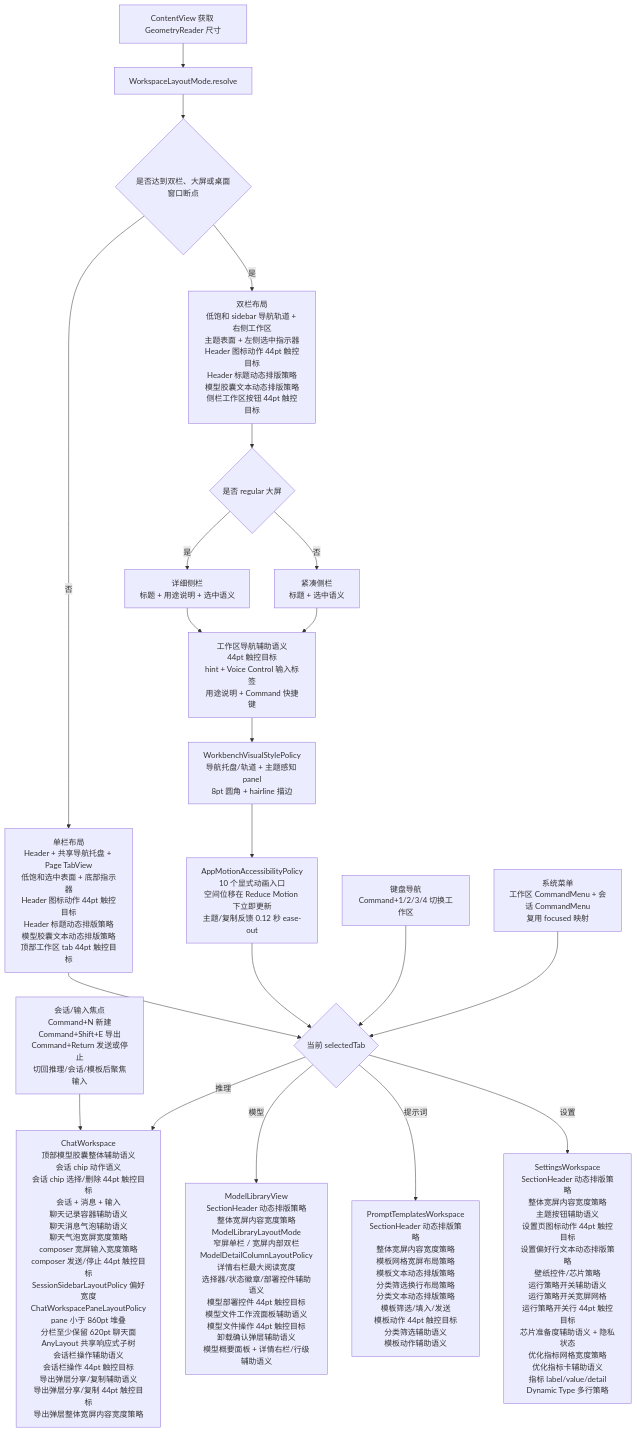
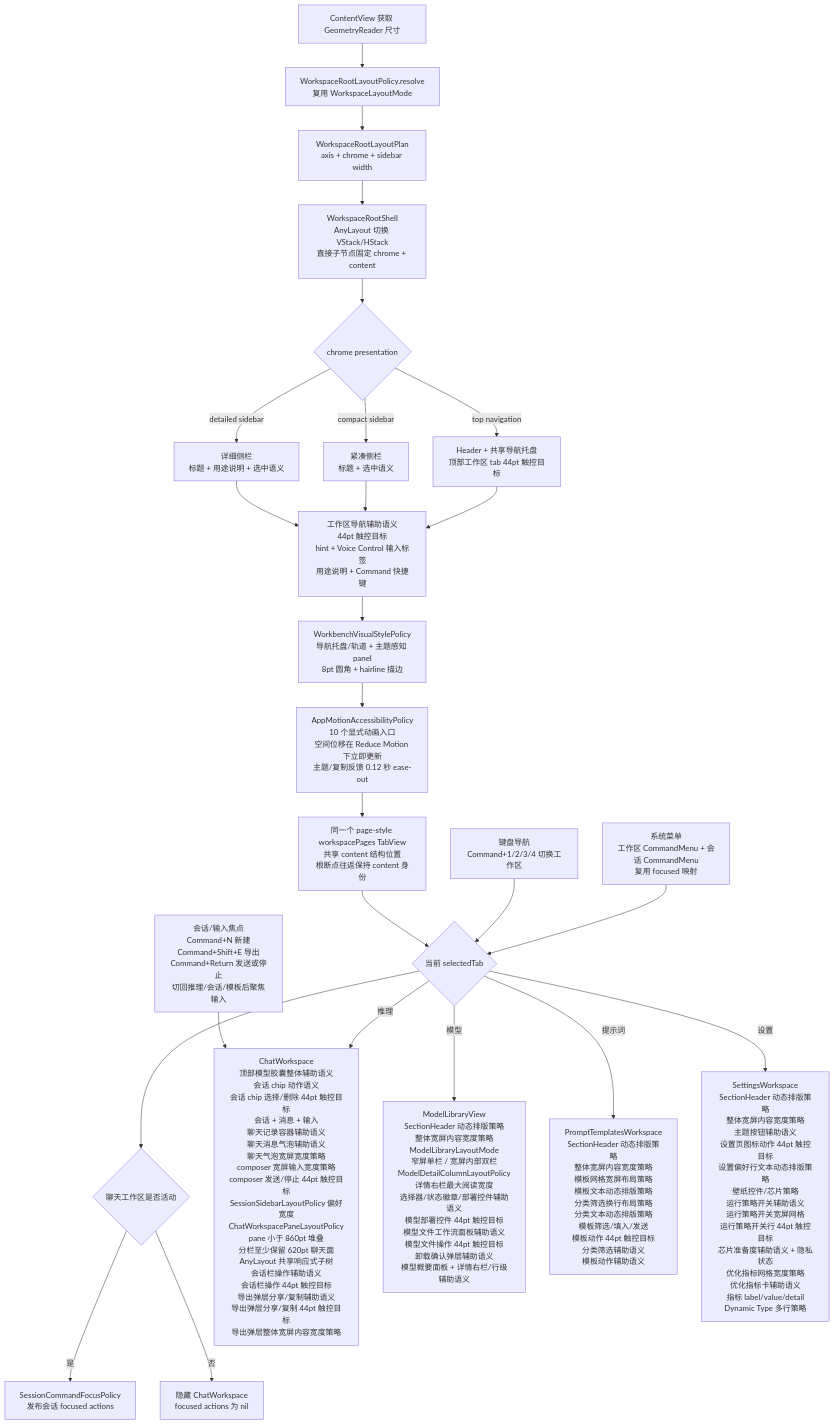
One commit to Altman-sam114/113 changed the fifth of 10 diagrams in md/flow/flowchart.md. Above: the diagram before and after it, drawn with Mermaid. The commit also changed other lines of this file and 9 other files, not shown here.

````diff
--- a/md/flow/flowchart.md
+++ b/md/flow/flowchart.md
@@ -84,23 +93,27 @@
 ```mermaid
 flowchart TD
-    A[ContentView 获取 GeometryReader 尺寸] --> B[WorkspaceLayoutMode.resolve]
-    B --> C{是否达到双栏、大屏或桌面窗口断点}
-    C -- 否 --> D[单栏布局<br/>Header + 共享导航托盘 + Page TabView<br/>低饱和选中表面 + 底部指示器<br/>Header 图标动作 44pt 触控目标<br/>Header 标题动态排版策略<br/>模型胶囊文本动态排版策略<br/>顶部工作区 tab 44pt 触控目标]
-    C -- 是 --> E[双栏布局<br/>低饱和 sidebar 导航轨道 + 右侧工作区<br/>主题表面 + 左侧选中指示器<br/>Header 图标动作 44pt 触控目标<br/>Header 标题动态排版策略<br/>模型胶囊文本动态排版策略<br/>侧栏工作区按钮 44pt 触控目标]
-    E --> N{是否 regular 大屏}
-    N -- 是 --> O[详细侧栏<br/>标题 + 用途说明 + 选中语义]
-    N -- 否 --> P[紧凑侧栏<br/>标题 + 选中语义]
-    D --> F{当前 selectedTab}
+    A[ContentView 获取 GeometryReader 尺寸] --> B[WorkspaceRootLayoutPolicy.resolve<br/>复用 WorkspaceLayoutMode]
+    B --> C[WorkspaceRootLayoutPlan<br/>axis + chrome + sidebar width]
+    C --> D[WorkspaceRootShell<br/>AnyLayout 切换 VStack/HStack<br/>直接子节点固定 chrome + content]
+    D --> E{chrome presentation}
+    E -- top navigation --> N[Header + 共享导航托盘<br/>顶部工作区 tab 44pt 触控目标]
+    E -- detailed sidebar --> O[详细侧栏<br/>标题 + 用途说明 + 选中语义]
+    E -- compact sidebar --> P[紧凑侧栏<br/>标题 + 选中语义]
     O --> X[工作区导航辅助语义<br/>44pt 触控目标<br/>hint + Voice Control 输入标签<br/>用途说明 + Command 快捷键]
     P --> X
     X --> V[WorkbenchVisualStylePolicy<br/>导航托盘/轨道 + 主题感知 panel<br/>8pt 圆角 + hairline 描边]
     V --> R[AppMotionAccessibilityPolicy<br/>10 个显式动画入口<br/>空间位移在 Reduce Motion 下立即更新<br/>主题/复制反馈 0.12 秒 ease-out]
-    R --> F
+    R --> T[同一个 page-style workspacePages TabView<br/>共享 content 结构位置<br/>根断点往返保持 content 身份]
+    N --> X
+    T --> F{当前 selectedTab}
     K[键盘导航<br/>Command+1/2/3/4 切换工作区] --> F
     M[系统菜单<br/>工作区 CommandMenu + 会话 CommandMenu<br/>复用 focused 映射] --> F
+    F --> Q{聊天工作区是否活动}
+    Q -- 是 --> S[SessionCommandFocusPolicy<br/>发布会话 focused actions]
+    Q -- 否 --> U[隐藏 ChatWorkspace<br/>focused actions 为 nil]
     L[会话/输入焦点<br/>Command+N 新建<br/>Command+Shift+E 导出<br/>Command+Return 发送或停止<br/>切回推理/会话/模板后聚焦输入] --> G
     F -- 推理 --> G[ChatWorkspace<br/>顶部模型胶囊整体辅助语义<br/>会话 chip 动作语义<br/>会话 chip 选择/删除 44pt 触控目标<br/>会话 + 消息 + 输入<br/>聊天记录容器辅助语义<br/>聊天消息气泡辅助语义<br/>聊天气泡宽屏宽度策略<br/>composer 宽屏输入宽度策略<br/>composer 发送/停止 44pt 触控目标<br/>SessionSidebarLayoutPolicy 偏好宽度<br/>ChatWorkspacePaneLayoutPolicy<br/>pane 小于 860pt 堆叠<br/>分栏至少保留 620pt 聊天面<br/>AnyLayout 共享响应式子树<br/>会话栏操作辅助语义<br/>会话栏操作 44pt 触控目标<br/>导出弹层分享/复制辅助语义<br/>导出弹层分享/复制 44pt 触控目标<br/>导出弹层整体宽屏内容宽度策略]
     F -- 模型 --> H[ModelLibraryView<br/>SectionHeader 动态排版策略<br/>整体宽屏内容宽度策略<br/>ModelLibraryLayoutMode<br/>窄屏单栏 / 宽屏内部双栏<br/>ModelDetailColumnLayoutPolicy<br/>详情右栏最大阅读宽度<br/>选择器/状态徽章/部署控件辅助语义<br/>模型部署控件 44pt 触控目标<br/>模型文件工作流面板辅助语义<br/>模型文件操作 44pt 触控目标<br/>卸载确认弹层辅助语义<br/>模型概要面板 + 详情右栏/行级辅助语义]
     F -- 提示词 --> I[PromptTemplatesWorkspace<br/>SectionHeader 动态排版策略<br/>整体宽屏内容宽度策略<br/>模板网格宽屏布局策略<br/>模板文本动态排版策略<br/>分类筛选换行布局策略<br/>分类文本动态排版策略<br/>模板筛选/填入/发送<br/>模板动作 44pt 触控目标<br/>分类筛选辅助语义<br/>模板动作辅助语义]
     F -- 设置 --> J[SettingsWorkspace<br/>SectionHeader 动态排版策略<br/>整体宽屏内容宽度策略<br/>主题按钮辅助语义<br/>设置页图标动作 44pt 触控目标<br/>设置偏好行文本动态排版策略<br/>壁纸控件/芯片策略<br/>运行策略开关辅助语义<br/>运行策略开关宽屏网格<br/>运行策略开关行 44pt 触控目标<br/>芯片准备度辅助语义 + 隐私状态<br/>优化指标网格宽度策略<br/>优化指标卡辅助语义<br/>指标 label/value/detail<br/>Dynamic Type 多行策略]
 ```
````
